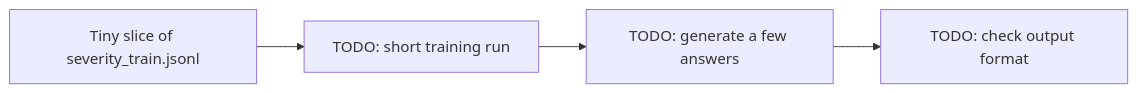
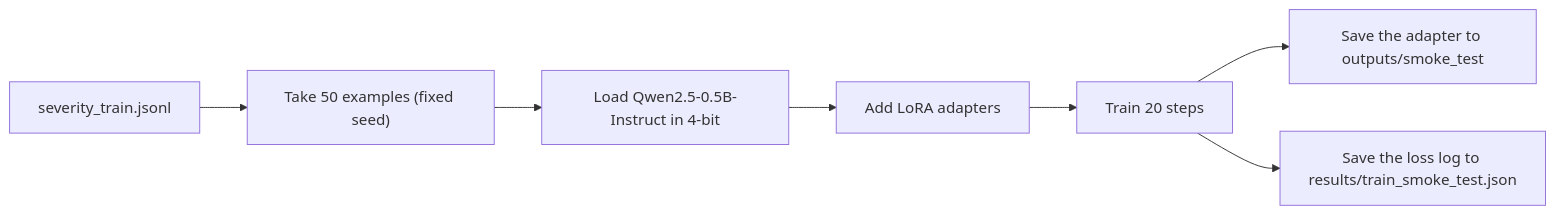
One commit to preetik92002-tech/llm-finetune-cyber changed the diagram in docs/stage-05-smoke-test/README.md. Above: the diagram before and after it, drawn with Mermaid. The commit also changed other lines of this file and 33 other files, not shown here.

Commit message:
docs: add root README, journal and errors-and-fixes log add metrics ledger and stage READMEs feat(docs): generate charts from stats files

````diff
--- a/docs/stage-05-smoke-test/README.md
+++ b/docs/stage-05-smoke-test/README.md
@@ -19,6 +19,9 @@
 ```mermaid
 flowchart LR
-    A["Tiny slice of severity_train.jsonl"] --> B["TODO: short training run"]
-    B --> C["TODO: generate a few answers"]
-    C --> D["TODO: check output format"]
+    A["severity_train.jsonl"] --> B["Take 50 examples (fixed seed)"]
+    B --> C["Load Qwen2.5-0.5B-Instruct in 4-bit"]
+    C --> D["Add LoRA adapters"]
+    D --> E["Train 20 steps"]
+    E --> F["Save the adapter to outputs/smoke_test"]
+    E --> G["Save the loss log to results/train_smoke_test.json"]
 ```
````
